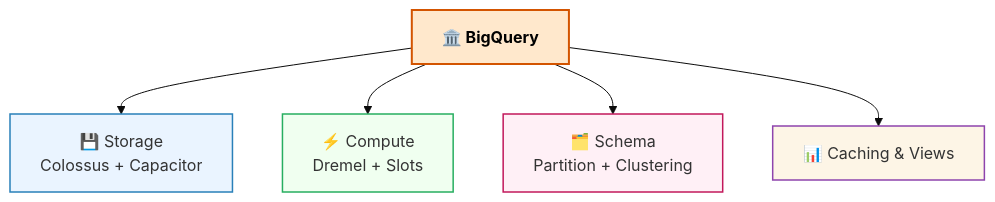
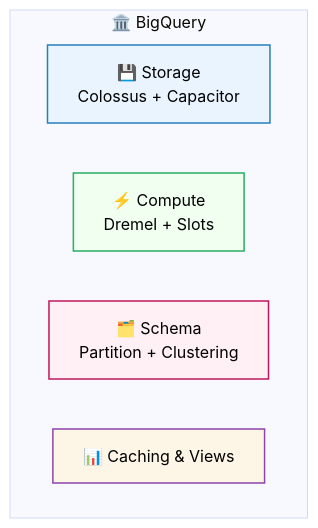
One commit to blaire101/DE2-AWS-Azure-GCP-2025 changed the second of 8 diagrams in GCP-interview.md. Above: the diagram before and after it, drawn with Mermaid (base theme). The commit also changed other lines of this file, not shown here.

````diff
--- a/GCP-interview.md
+++ b/GCP-interview.md
@@ -64,19 +64,20 @@
 ```mermaid
 flowchart TB
-    classDef main fill:#ffe8cc,stroke:#d35400,stroke-width:2px,font-weight:bold,color:#000
-    classDef storage fill:#eaf4ff,stroke:#2980b9,stroke-width:1.5px
-    classDef compute fill:#f0fff0,stroke:#27ae60,stroke-width:1.5px
-    classDef schema fill:#fff0f6,stroke:#c2185b,stroke-width:1.5px
-    classDef cache fill:#fdf5e6,stroke:#8e44ad,stroke-width:1.5px
+    classDef storage fill:#eaf4ff,stroke:#2980b9,stroke-width:1.5px,color:#000
+    classDef compute fill:#f0fff0,stroke:#27ae60,stroke-width:1.5px,color:#000
+    classDef schema  fill:#fff0f6,stroke:#c2185b,stroke-width:1.5px,color:#000
+    classDef cache   fill:#fdf5e6,stroke:#8e44ad,stroke-width:1.5px,color:#000
 
-    A[🏛️ BigQuery]:::main
-    B[💾 Storage<br>Colossus + Capacitor]:::storage
-    C[⚡ Compute<br>Dremel + Slots]:::compute
-    D[🗂️ Schema<br>Partition + Clustering]:::schema
-    E[📊 Caching & Views]:::cache
+    %% BigQuery as a container
+    subgraph BQ["🏛️ BigQuery"]
+      direction LR
+      B[💾 Storage<br/>Colossus + Capacitor]:::storage
+      C[⚡ Compute<br/>Dremel + Slots]:::compute
+      D[🗂️ Schema<br/>Partition + Clustering]:::schema
+      E[📊 Caching & Views]:::cache
+    end
 
-    A --> B
-    A --> C
-    A --> D
-    A --> E
+    %% (Optional external links)
+    %% Client --> BQ
+    %% BQ --> Downstream
 ```
````
